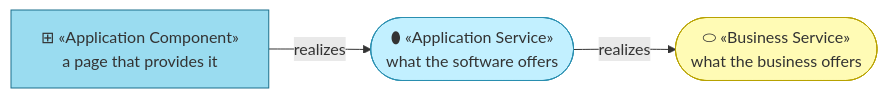
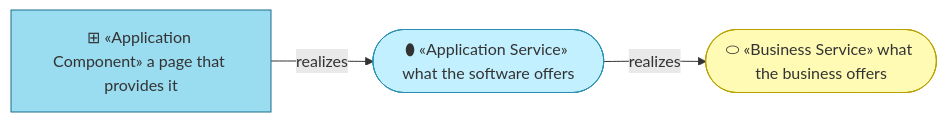
One commit to roanboc/architecture-archreator changed the first of 2 diagrams in product-archreator/site/architecture/4_application/2_application-components.md. Above: the diagram before and after it, drawn with Mermaid. The commit also changed other lines of this file and 38 other files, not shown here.

````diff
--- a/product-archreator/site/architecture/4_application/2_application-components.md
+++ b/product-archreator/site/architecture/4_application/2_application-components.md
@@ -9,13 +9,13 @@
 ```mermaid
 flowchart LR
-  asvc(["⬮ «Application Service»<br>what the software offers"]):::appservice
-  acmp["⊞ «Application Component»<br>a page that provides it"]:::component
-  bsvc(["⬭ «Business Service»<br>what the business offers"]):::business
+  asvc(["⬮ «Application Service» what the software offers"]):::appservice
+  acmp["⊞ «Application Component» a page that provides it"]:::component
+  bsvc(["⬭ «Business Service» what the business offers"]):::business
 
   acmp -->|realizes| asvc
   asvc -->|realizes| bsvc
 
   classDef appservice fill:#c2f0ff,stroke:#2a8fb0,color:#333
   classDef component fill:#9adcf0,stroke:#1a6f8c,color:#333
   classDef business fill:#fffbb5,stroke:#b8a200,color:#333
 ```
````
